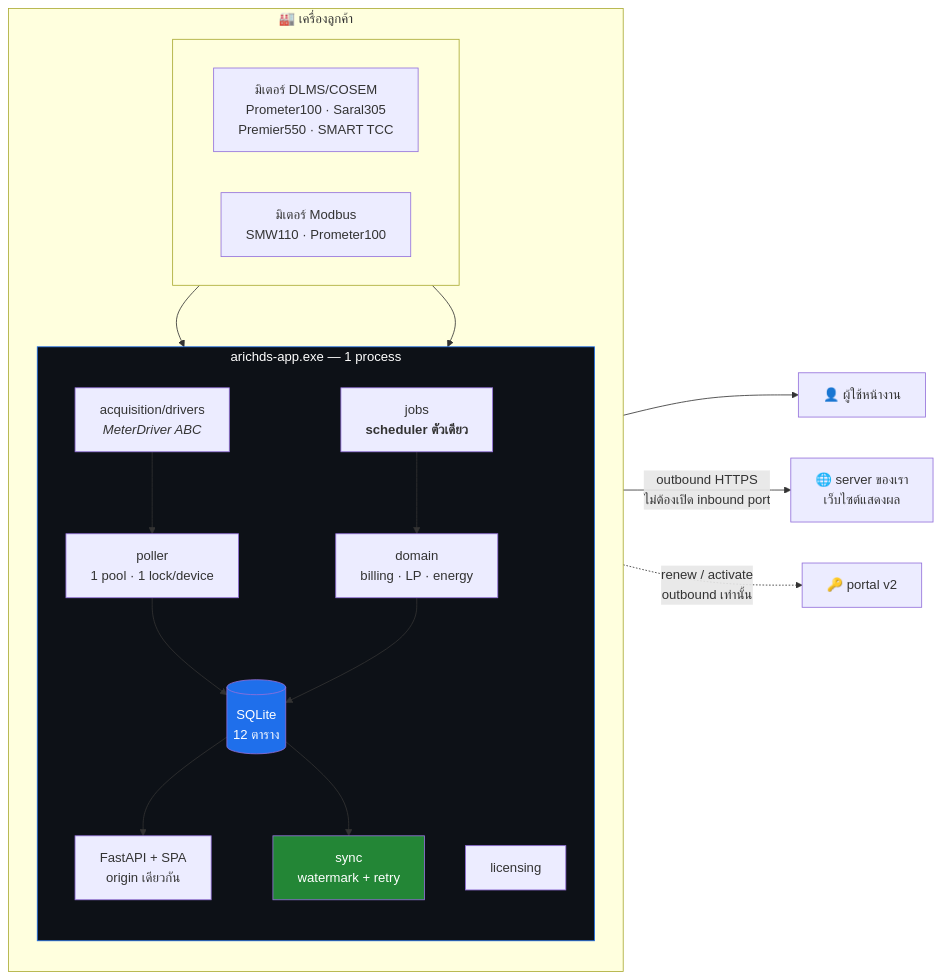
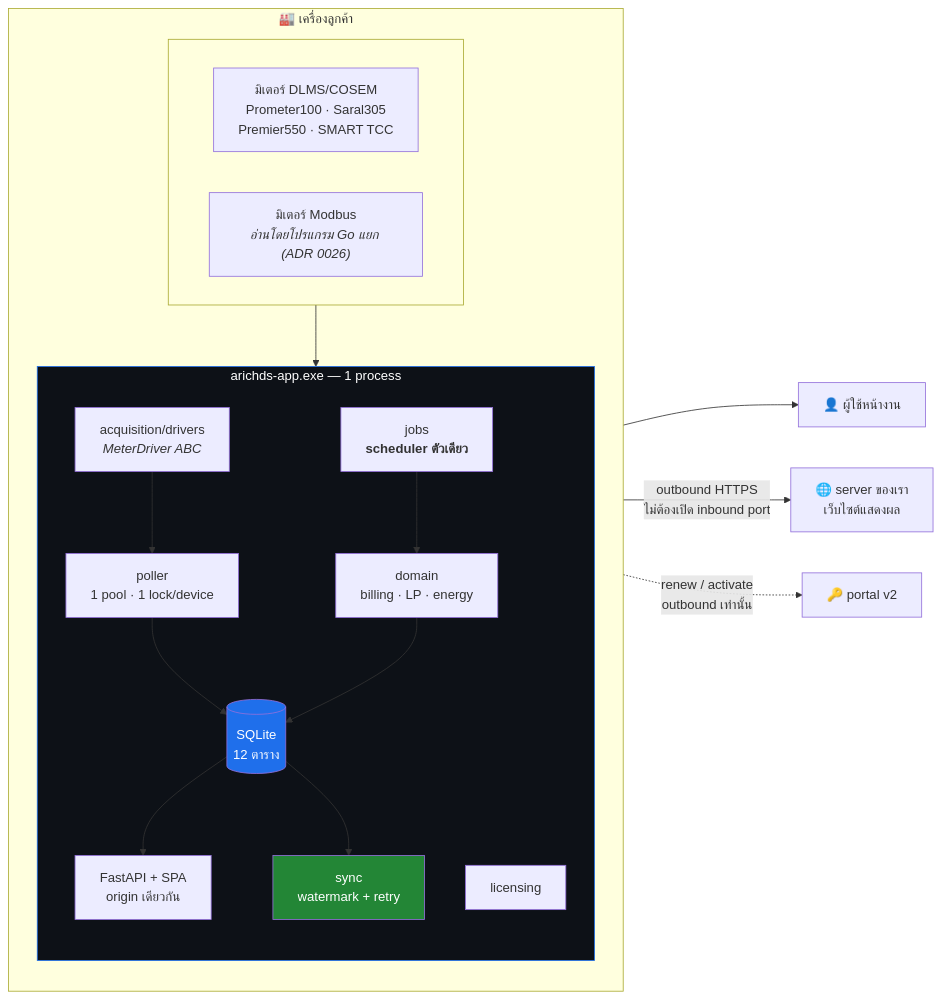
The third of 4 diagrams in docs/REMAKE-PLAN.md (sunchanin/arichds-application-v2), drawn with Mermaid before and after one commit. The commit also changed other lines of this file and 6 other files, not shown here.

First line of the commit message:
docs: Modbus stays in the owner's Go program — M4b dropped (ADR 0026), plan brought up to date

````diff
--- a/docs/REMAKE-PLAN.md
+++ b/docs/REMAKE-PLAN.md
@@ -118,37 +132,36 @@
 ```mermaid
 flowchart LR
     subgraph SITE["🏭 เครื่องลูกค้า"]
         direction TB
         subgraph METERS[" "]
             direction LR
             MD["มิเตอร์ DLMS/COSEM<br/>Prometer100 · Saral305<br/>Premier550 · SMART TCC"]
-            MM["มิเตอร์ Modbus<br/>SMW110 · Prometer100"]
+            MM["มิเตอร์ Modbus<br/><i>อ่านโดยโปรแกรม Go แยก (ADR 0026)</i>"]
         end
         subgraph APP["arichds-app.exe — 1 process"]
             direction TB
             DRV["acquisition/drivers<br/><i>MeterDriver ABC</i>"]
             POLL["poller<br/>1 pool · 1 lock/device"]
             JOBS["jobs<br/><b>scheduler ตัวเดียว</b>"]
             DOM["domain<br/>billing · LP · energy"]
             DB[("SQLite<br/>12 ตาราง")]
             SYNC["sync<br/>watermark + retry"]
             API["FastAPI + SPA<br/>origin เดียวกัน"]
             LIC["licensing"]
         end
     end
     SRV["🌐 server ของเรา<br/>เว็บไซต์แสดงผล"]
     PRT["🔑 portal v2"]
     USR["👤 ผู้ใช้หน้างาน"]
 
     MD --> DRV
-    MM --> DRV
     DRV --> POLL --> DB
     JOBS --> DOM --> DB
     DB --> API --> USR
     DB --> SYNC -- "outbound HTTPS<br/>ไม่ต้องเปิด inbound port" --> SRV
     LIC -. "renew / activate<br/>outbound เท่านั้น" .-> PRT
 
     style APP fill:#0d1117,stroke:#1f6feb,color:#fff
     style DB fill:#1f6feb,color:#fff
     style SYNC fill:#238636,color:#fff
 ```
````
